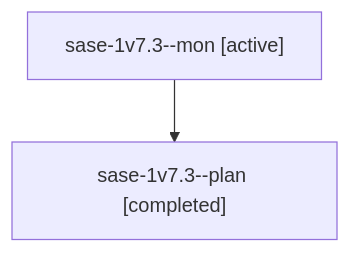
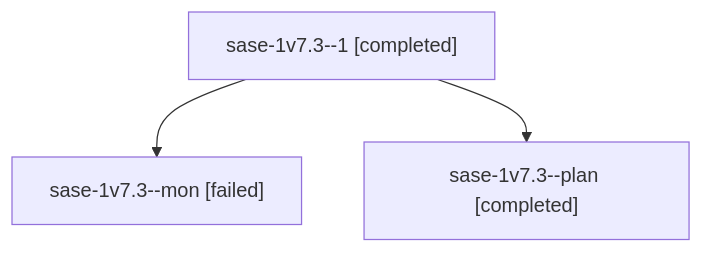
The diagram in sessions/bbugyi200.athena.sase-1v7.3.md (sase-org/sase--agents), drawn with Mermaid before and after one commit. The commit also changed other lines of this file and 45 other files, not shown here.

````diff
--- a/sessions/bbugyi200.athena.sase-1v7.3.md
+++ b/sessions/bbugyi200.athena.sase-1v7.3.md
@@ -9,6 +9,8 @@
 ```mermaid
 flowchart TD
-  n0["sase-1v7.3--mon [active]"]
-  n1["sase-1v7.3--plan [completed]"]
+  n0["sase-1v7.3--1 [completed]"]
+  n1["sase-1v7.3--mon [failed]"]
   n0 --> n1
+  n2["sase-1v7.3--plan [completed]"]
+  n0 --> n2
 ```
````
